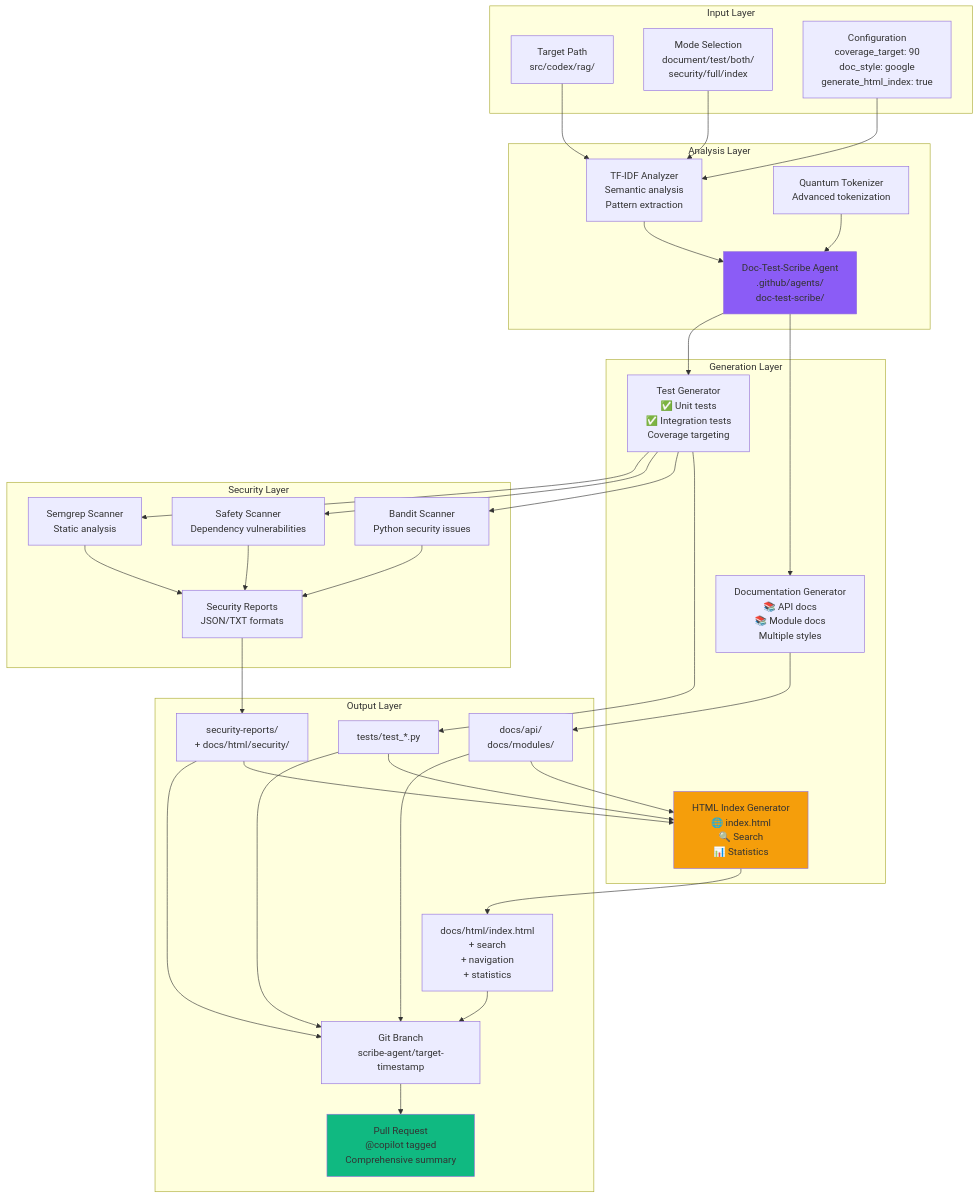
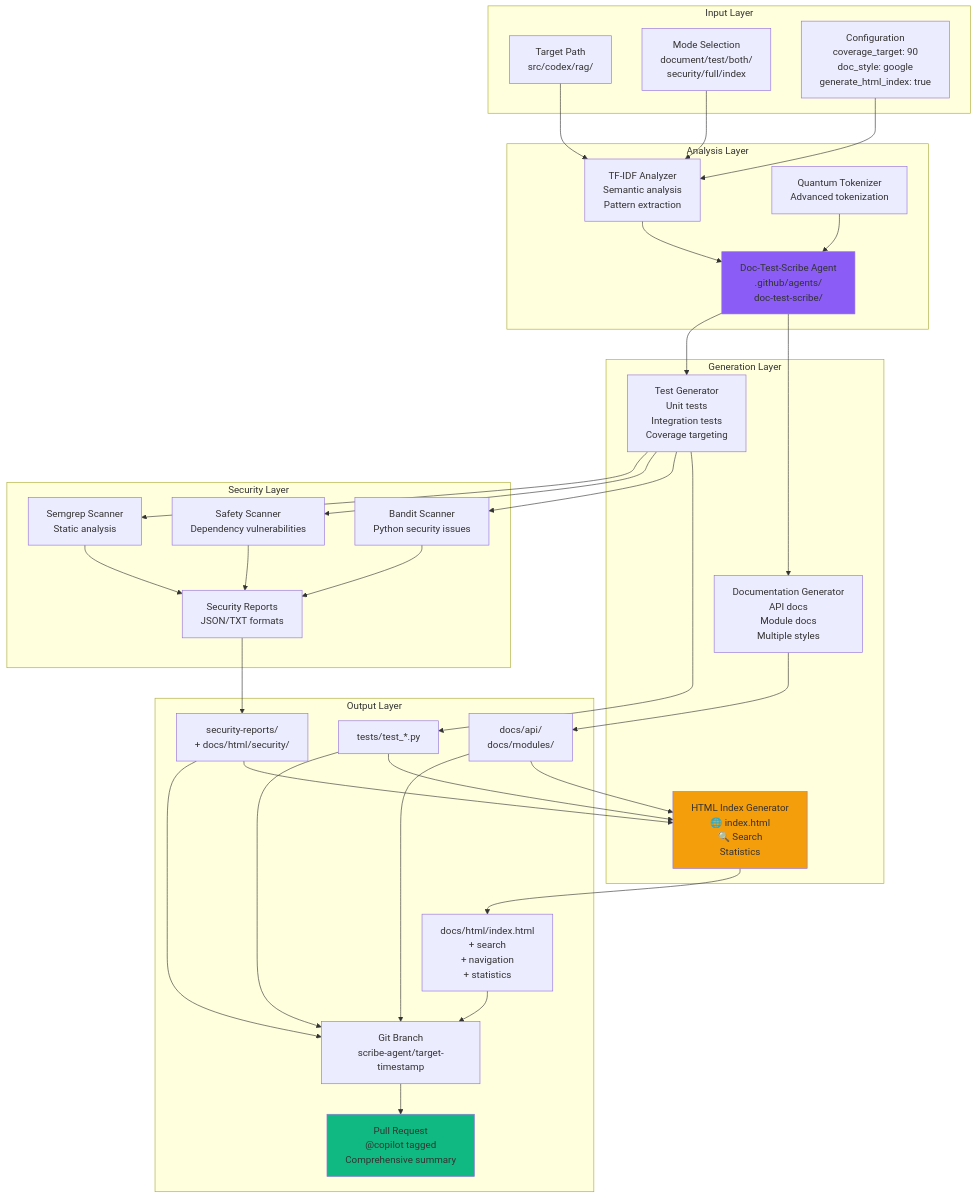
One commit to Aries-Serpent/_codex_ changed the second of 13 diagrams in docs/guides/REPOSITORY_ARCHITECTURE_DIAGRAMS.md. Above: the diagram before and after it, drawn with Mermaid. The commit also changed other lines of this file and 2029 other files, not shown here.

````diff
--- a/docs/guides/REPOSITORY_ARCHITECTURE_DIAGRAMS.md
+++ b/docs/guides/REPOSITORY_ARCHITECTURE_DIAGRAMS.md
@@ -94,78 +96,78 @@
 ```mermaid
 %%{init: {'accessibility': {'title': 'Diagram showing Target Path<br/>src/codex/rag/, Mode Selection<br/>document/test/both/<br/>security/full/index'}}%%
 graph TB
     subgraph "Input Layer"
         TARGET[Target Path<br/>src/codex/rag/]
         MODE[Mode Selection<br/>document/test/both/<br/>security/full/index]
         CONFIG[Configuration<br/>coverage_target: 90<br/>doc_style: google<br/>generate_html_index: true]
     end
 
     subgraph "Analysis Layer"
         TFIDF[TF-IDF Analyzer<br/>Semantic analysis<br/>Pattern extraction]
         QUANTUM[Quantum Tokenizer<br/>Advanced tokenization]
         SCRIBE[Doc-Test-Scribe Agent<br/>.github/agents/<br/>doc-test-scribe/]
     end
 
     subgraph "Generation Layer"
-        DOCGEN[Documentation Generator<br/>📚 API docs<br/>📚 Module docs<br/>Multiple styles]
-        TESTGEN[Test Generator<br/>✅ Unit tests<br/>✅ Integration tests<br/>Coverage targeting]
-        INDEXGEN[HTML Index Generator<br/>🌐 index.html<br/>🔍 Search<br/>📊 Statistics]
+        DOCGEN[Documentation Generator<br/> API docs<br/> Module docs<br/>Multiple styles]
+        TESTGEN[Test Generator<br/> Unit tests<br/> Integration tests<br/>Coverage targeting]
+        INDEXGEN[HTML Index Generator<br/>🌐 index.html<br/>🔍 Search<br/> Statistics]
     end
 
     subgraph "Security Layer"
         BANDIT[Bandit Scanner<br/>Python security issues]
         SAFETY[Safety Scanner<br/>Dependency vulnerabilities]
         SEMGREP[Semgrep Scanner<br/>Static analysis]
         REPORTS[Security Reports<br/>JSON/TXT formats]
     end
 
     subgraph "Output Layer"
         DOCS[docs/api/<br/>docs/modules/]
         TESTS[tests/test_*.py]
         INDEX[docs/html/index.html<br/>+ search<br/>+ navigation<br/>+ statistics]
         SECDIR[security-reports/<br/>+ docs/html/security/]
         BRANCH[Git Branch<br/>scribe-agent/target-timestamp]
         PR_OUT[Pull Request<br/>@copilot tagged<br/>Comprehensive summary]
     end
 
     %% Flow connections
     TARGET --> TFIDF
     MODE --> TFIDF
     CONFIG --> TFIDF
 
     TFIDF --> SCRIBE
     QUANTUM --> SCRIBE
 
     SCRIBE --> DOCGEN
     SCRIBE --> TESTGEN
 
     DOCGEN --> DOCS
     TESTGEN --> TESTS
 
     DOCS --> INDEXGEN
     TESTS --> INDEXGEN
 
     TESTGEN --> BANDIT
     TESTGEN --> SAFETY
     TESTGEN --> SEMGREP
 
     BANDIT --> REPORTS
     SAFETY --> REPORTS
     SEMGREP --> REPORTS
 
     REPORTS --> SECDIR
     SECDIR --> INDEXGEN
 
     INDEXGEN --> INDEX
 
     DOCS --> BRANCH
     TESTS --> BRANCH
     INDEX --> BRANCH
     SECDIR --> BRANCH
 
     BRANCH --> PR_OUT
 
     style SCRIBE fill:#8b5cf6
     style INDEXGEN fill:#f59e0b
     style PR_OUT fill:#10b981
 ```
````
